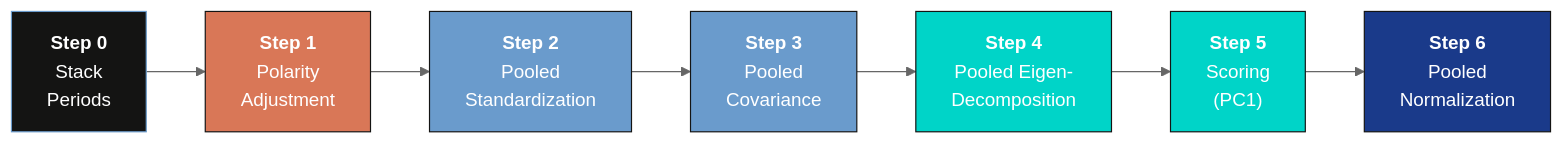
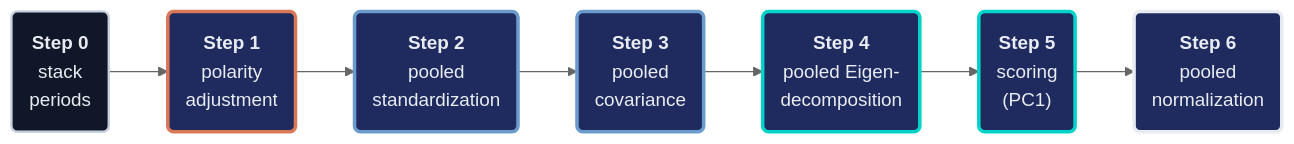
Before and after one commit to cmg777/starter-academic-v501: the diagram in content/post/python_pca2/references/tutorial.qmd, drawn with Mermaid (neutral theme). The commit also changed other lines of this file and 42 other files, not shown here.

First line of the commit message:
content(mermaid): restyle Mermaid copies in tutorial sources and the LaLonde slide deck

````diff
--- a/content/post/python_pca2/references/tutorial.qmd
+++ b/content/post/python_pca2/references/tutorial.qmd
@@ -225,17 +225,19 @@
 ```{mermaid}
 graph LR
-    S["<b>Step 0</b><br/>Stack<br/>Periods"] --> A["<b>Step 1</b><br/>Polarity<br/>Adjustment"]
-    A --> B["<b>Step 2</b><br/>Pooled<br/>Standardization"]
-    B --> C["<b>Step 3</b><br/>Pooled<br/>Covariance"]
-    C --> D["<b>Step 4</b><br/>Pooled Eigen-<br/>Decomposition"]
-    D --> E["<b>Step 5</b><br/>Scoring<br/>(PC1)"]
-    E --> F["<b>Step 6</b><br/>Pooled<br/>Normalization"]
-
-    style S fill:#141413,stroke:#6a9bcc,color:#fff
-    style A fill:#d97757,stroke:#141413,color:#fff
-    style B fill:#6a9bcc,stroke:#141413,color:#fff
-    style C fill:#6a9bcc,stroke:#141413,color:#fff
-    style D fill:#00d4c8,stroke:#141413,color:#fff
-    style E fill:#00d4c8,stroke:#141413,color:#fff
-    style F fill:#1a3a8a,stroke:#141413,color:#fff
+    S("<b>Step 0</b><br/>stack<br/>periods") --> A("<b>Step 1</b><br/>polarity<br/>adjustment")
+    A --> B("<b>Step 2</b><br/>pooled<br/>standardization")
+    B --> C("<b>Step 3</b><br/>pooled<br/>covariance")
+    C --> D("<b>Step 4</b><br/>pooled Eigen-<br/>decomposition")
+    D --> E("<b>Step 5</b><br/>scoring<br/>(PC1)")
+    E --> F("<b>Step 6</b><br/>pooled<br/>normalization")
+    classDef anchor fill:#0f1729,stroke:#c8d0e0,stroke-width:2px,color:#e8ecf2
+    classDef orange fill:#1f2b5e,stroke:#d97757,stroke-width:3px,color:#e8ecf2
+    classDef blue fill:#1f2b5e,stroke:#6a9bcc,stroke-width:3px,color:#e8ecf2
+    classDef teal fill:#1f2b5e,stroke:#00d4c8,stroke-width:3px,color:#e8ecf2
+    classDef key fill:#1f2b5e,stroke:#e8ecf2,stroke-width:3px,color:#e8ecf2
+    class S anchor
+    class A orange
+    class B,C blue
+    class D,E teal
+    class F key
 ```
````
